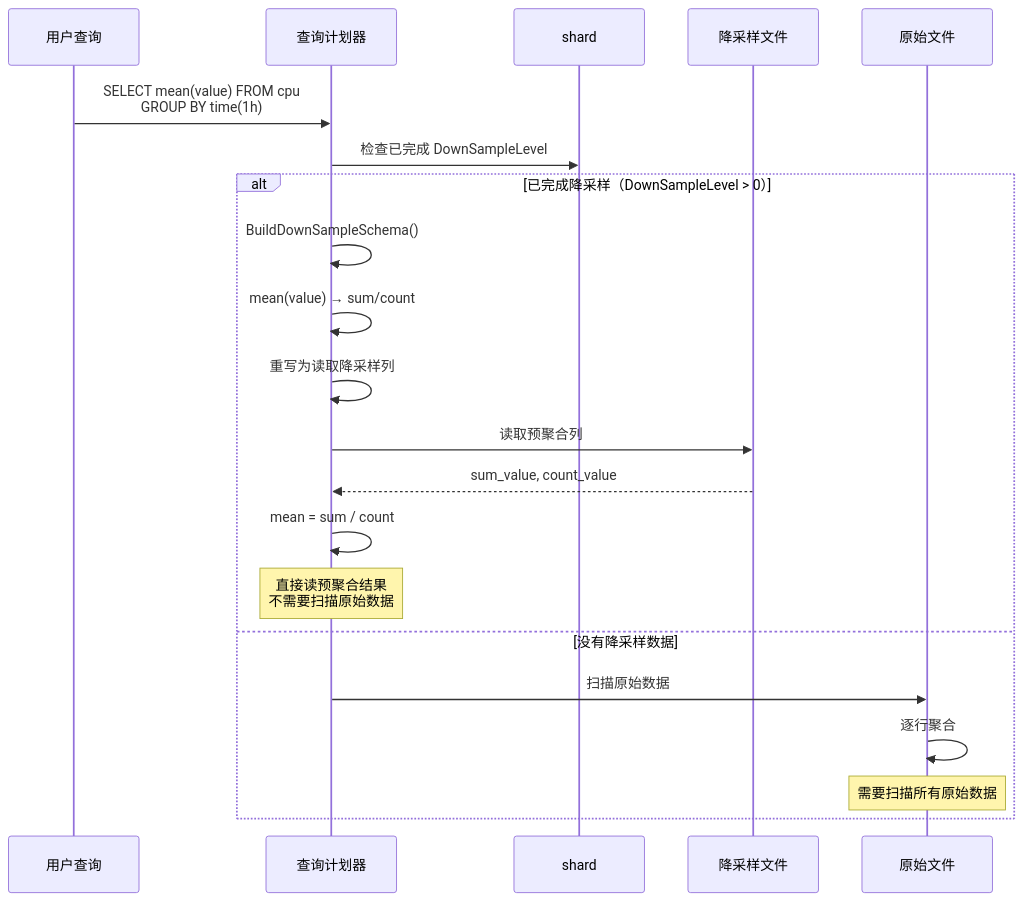
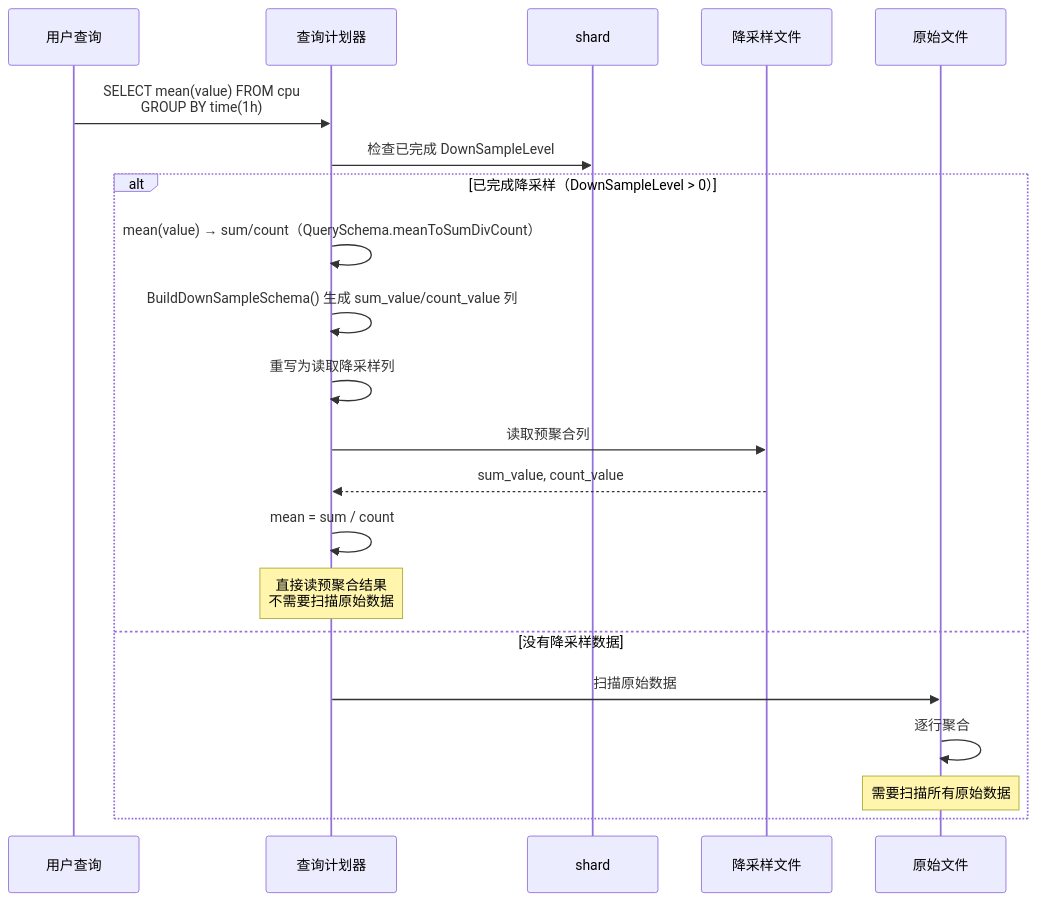
One commit to stefanv5/openGemini changed the eighth of 18 diagrams in docs/specs/05_downsampling_spec.md. Above: the diagram before and after it, drawn with Mermaid. The commit also changed other lines of this file and 37 other files, not shown here.

````diff
--- a/docs/specs/05_downsampling_spec.md
+++ b/docs/specs/05_downsampling_spec.md
@@ -1163,27 +1172,27 @@
 ```mermaid
 sequenceDiagram
     participant User as 用户查询
     participant Planner as 查询计划器
     participant Shard as shard
     participant DS as 降采样文件
     participant Raw as 原始文件
 
     User->>Planner: SELECT mean(value) FROM cpu<br/>GROUP BY time(1h)
 
     Planner->>Shard: 检查已完成 DownSampleLevel
 
     alt 已完成降采样（DownSampleLevel > 0）
-        Planner->>Planner: BuildDownSampleSchema()
-        Planner->>Planner: mean(value) → sum/count
+        Planner->>Planner: mean(value) → sum/count（QuerySchema.meanToSumDivCount）
+        Planner->>Planner: BuildDownSampleSchema() 生成 sum_value/count_value 列
         Planner->>Planner: 重写为读取降采样列
 
         Planner->>DS: 读取预聚合列
         DS-->>Planner: sum_value, count_value
         Planner->>Planner: mean = sum / count
         Note over Planner: 直接读预聚合结果<br/>不需要扫描原始数据
     else 没有降采样数据
         Planner->>Raw: 扫描原始数据
         Raw->>Raw: 逐行聚合
         Note over Raw: 需要扫描所有原始数据
     end
 ```
````
